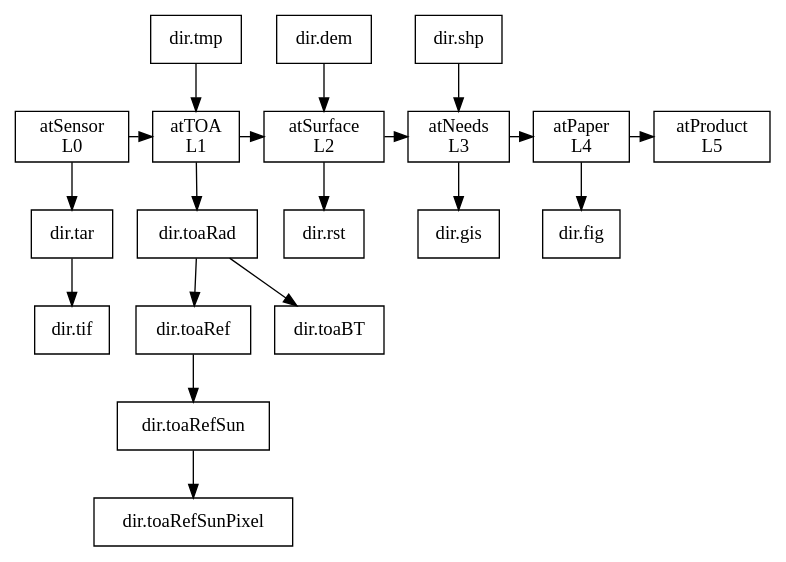
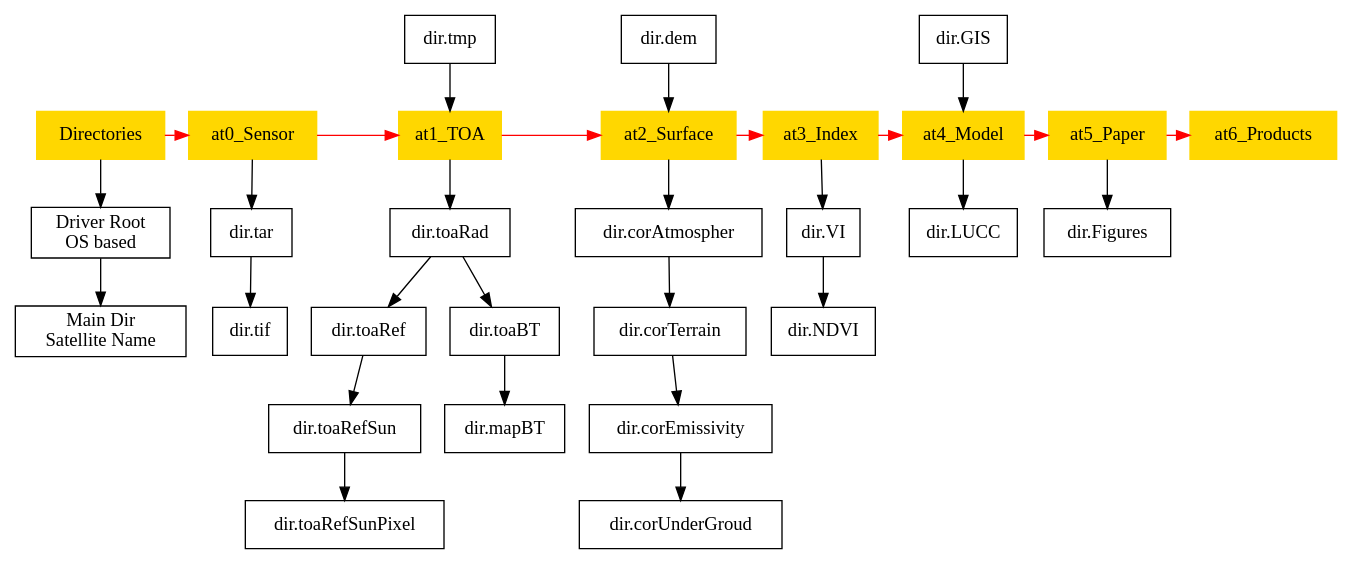
Before and after one commit to bwtian/TIR: the diagram in paper/TIR.org, drawn with Graphviz. The commit also changed other lines of this file and 1 other file, not shown here.

Commit message:
/ ‘paper/Figures/TIRWorkflow.png’ / ‘paper/TIR.org’

```diff
--- a/paper/TIR.org
+++ b/paper/TIR.org
@@ -32,19 +32,26 @@
 #+BEGIN_SRC dot :file ./Figures/TIRWorkflow.png 
   digraph {
   node [shape = box]
-  L0 [label = "atSensor \n L0"]
-  L1 [label = "atTOA \n L1"]
-  L2 [label = "atSurface \n L2"]
-  L3 [label = "atNeeds\n L3"]
-  L4 [label = "atPaper\n L4"]
-  L5 [label = "atProduct\n L5"]
-  L0 -> L1 -> L2 -> L3 -> L4 -> L5
-  {rank =same; L0, L1,L2,L3,L4,L5}
+  dir [label = "Directories"]
+  driver [label = "Driver Root \n OS based"]
+  satellite [label = "Main Dir \n Satellite Name"]
+  L0 [label = "at0_Sensor"]
+  L1 [label = "at1_TOA"]
+  L2 [label = "at2_Surface"]
+  L3 [label = "at3_Index"]
+  L4 [label = "at4_Model"]
+  L5 [label = "at5_Paper"]
+  L6 [label = "at6_Products"]
+  dir -> L0 -> L1 -> L2 -> L3 -> L4 -> L5 -> L6 [color = red]
+  {rank =same; dir, L0, L1, L2, L3, L4, L5, L6 [style = filled, color = gold]}
+  dir -> "driver" -> "satellite"
   L0 -> "dir.tar" -> "dir.tif"
   "dir.tmp" -> L1 -> "dir.toaRad" -> {"dir.toaRef","dir.toaBT"}
   "dir.toaRef" -> "dir.toaRefSun" -> "dir.toaRefSunPixel"
-  "dir.dem" -> L2 -> "dir.rst"
-  "dir.shp" -> L3 -> "dir.gis"
-  L4 -> "dir.fig"
+  "dir.toaBT" -> "dir.mapBT"
+  "dir.dem" -> L2 -> "dir.corAtmospher" -> "dir.corTerrain" -> "dir.corEmissivity" -> "dir.corUnderGroud"
+   L3 -> "dir.VI" -> "dir.NDVI"
+  "dir.GIS" -> L4 -> "dir.LUCC"
+   L5 -> "dir.Figures"
   }
 #+END_SRC
```
